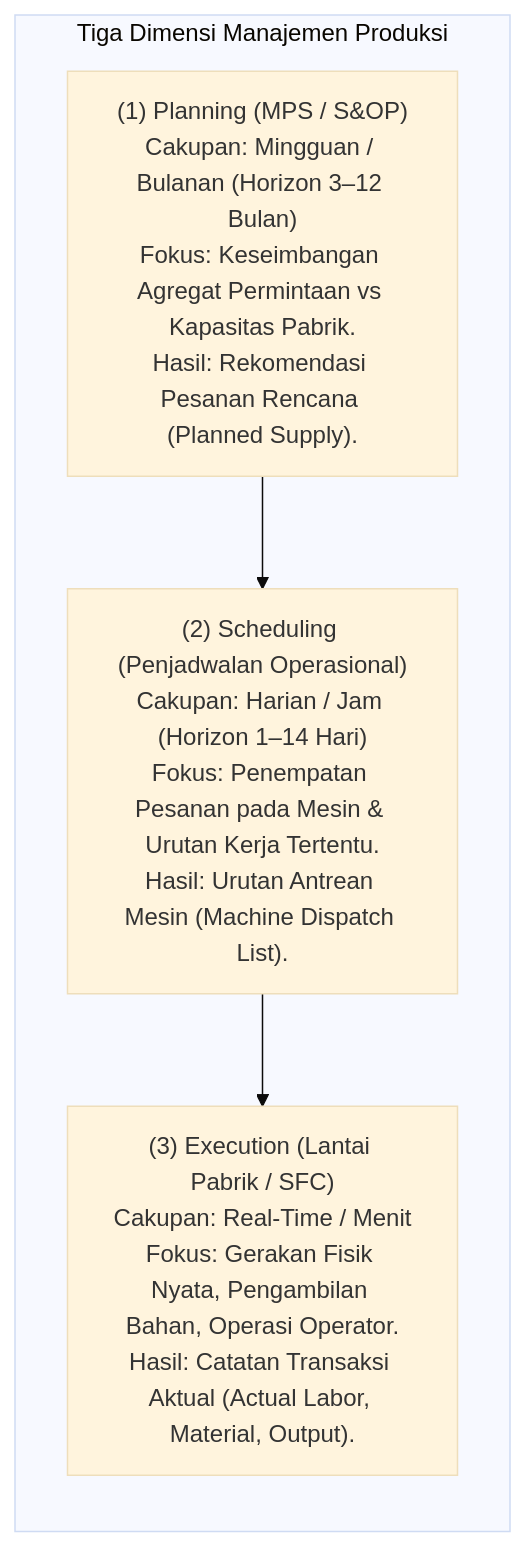
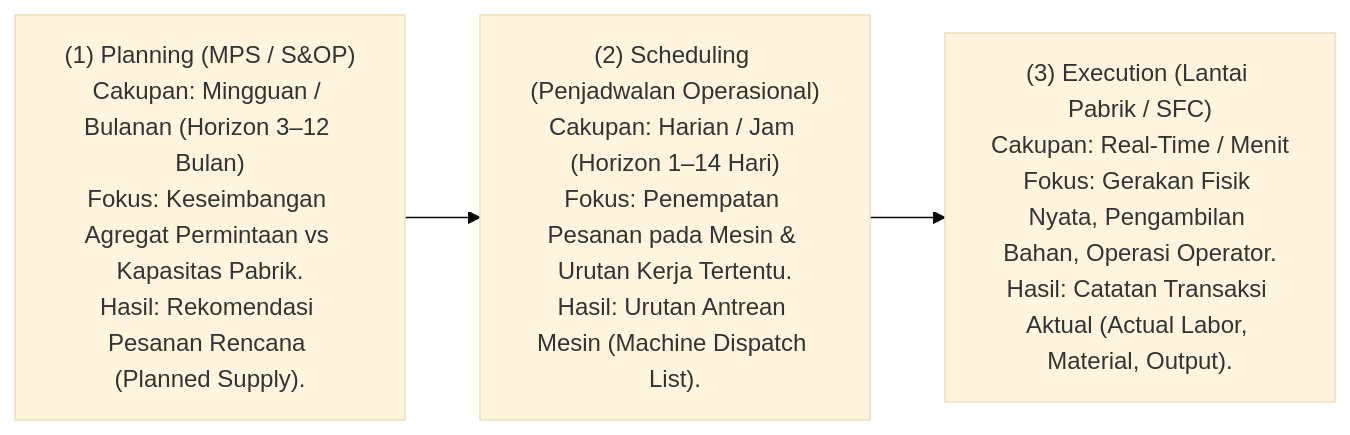
One commit to alimurrofid/erp-notes changed the first of 3 diagrams in content/06-manufacturing/production-planning.md. Above: the diagram before and after it, drawn with Mermaid (base theme). The commit also changed other lines of this file and 58 other files, not shown here.

Commit message:
fix(content):Mermaid Subgraph

````diff
--- a/content/06-manufacturing/production-planning.md
+++ b/content/06-manufacturing/production-planning.md
@@ -26,8 +26,6 @@
 ```mermaid
 flowchart LR
-    subgraph Levels["Tiga Dimensi Manajemen Produksi"]
         P1["(1) Planning (MPS / S&OP)<br/>Cakupan: Mingguan / Bulanan (Horizon 3–12 Bulan)<br/>Fokus: Keseimbangan Agregat Permintaan vs Kapasitas Pabrik.<br/>Hasil: Rekomendasi Pesanan Rencana (Planned Supply)."]
         --> P2["(2) Scheduling (Penjadwalan Operasional)<br/>Cakupan: Harian / Jam (Horizon 1–14 Hari)<br/>Fokus: Penempatan Pesanan pada Mesin & Urutan Kerja Tertentu.<br/>Hasil: Urutan Antrean Mesin (Machine Dispatch List)."]
         --> P3["(3) Execution (Lantai Pabrik / SFC)<br/>Cakupan: Real-Time / Menit<br/>Fokus: Gerakan Fisik Nyata, Pengambilan Bahan, Operasi Operator.<br/>Hasil: Catatan Transaksi Aktual (Actual Labor, Material, Output)."]
-    end
 ```
````
